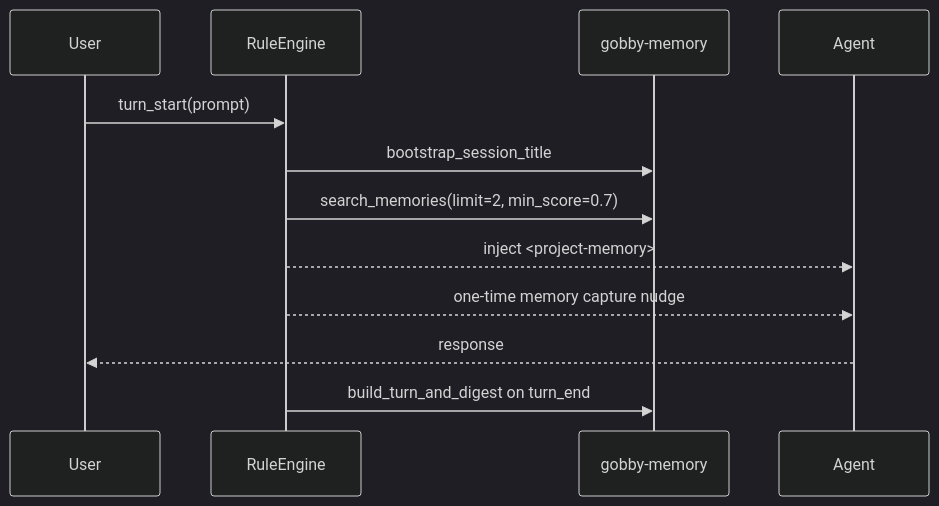
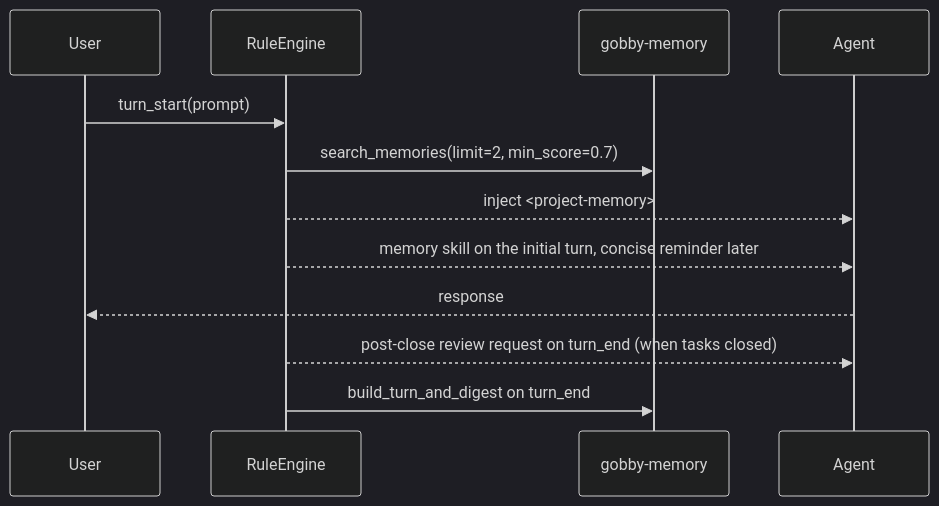
Before and after one commit to GobbyAI/gobby: the second of 2 diagrams in docs/guides/memory.md, drawn with Mermaid (dark theme). The commit also changed other lines of this file and 15 other files, not shown here.

First line of the commit message:
[gobby-#20996] fix: harden layered memory stop gates and review tool

````diff
--- a/docs/guides/memory.md
+++ b/docs/guides/memory.md
@@ -374,15 +374,15 @@
 ```mermaid
 sequenceDiagram
     participant User
     participant RuleEngine
     participant Memory as gobby-memory
     participant Agent
 
     User->>RuleEngine: turn_start(prompt)
-    RuleEngine->>Memory: bootstrap_session_title
     RuleEngine->>Memory: search_memories(limit=2, min_score=0.7)
     RuleEngine-->>Agent: inject <project-memory>
-    RuleEngine-->>Agent: one-time memory capture nudge
+    RuleEngine-->>Agent: memory skill on the initial turn, concise reminder later
     Agent-->>User: response
+    RuleEngine-->>Agent: post-close review request on turn_end (when tasks closed)
     RuleEngine->>Memory: build_turn_and_digest on turn_end
 ```
````
